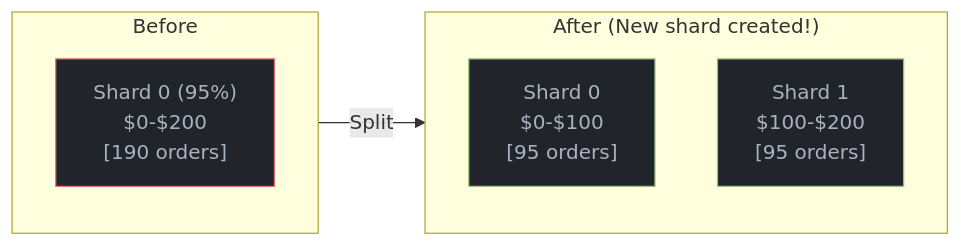
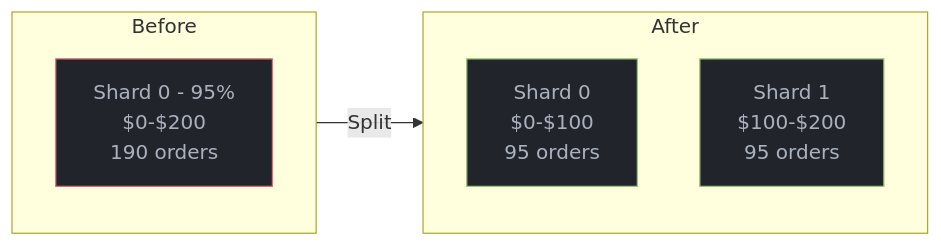
One commit to mgild/mintlify-docs changed the seventh of 9 diagrams in concepts/orderbook.mdx. Above: the diagram before and after it, drawn with Mermaid. The commit also changed other lines of this file and 19 other files, not shown here.

````diff
--- a/concepts/orderbook.mdx
+++ b/concepts/orderbook.mdx
@@ -188,18 +187,17 @@
 ```mermaid
 
 flowchart LR
     subgraph Before
-        B0["Shard 0 (95%)<br/>$0-$200<br/>[190 orders]"]
+        B0["Shard 0 - 95%<br/>$0-$200<br/>190 orders"]
     end
 
     Before -->|Split| After
 
-    subgraph After["After (New shard created!)"]
-        A0["Shard 0<br/>$0-$100<br/>[95 orders]"]
-        A1["Shard 1<br/>$100-$200<br/>[95 orders]"]
+    subgraph After
+        A0["Shard 0<br/>$0-$100<br/>95 orders"]
+        A1["Shard 1<br/>$100-$200<br/>95 orders"]
     end
-
     style B0 fill:#21252b,stroke:#e06c75,color:#abb2bf
     style A0 fill:#21252b,stroke:#98c379,color:#abb2bf
     style A1 fill:#21252b,stroke:#98c379,color:#abb2bf
 ```
````
